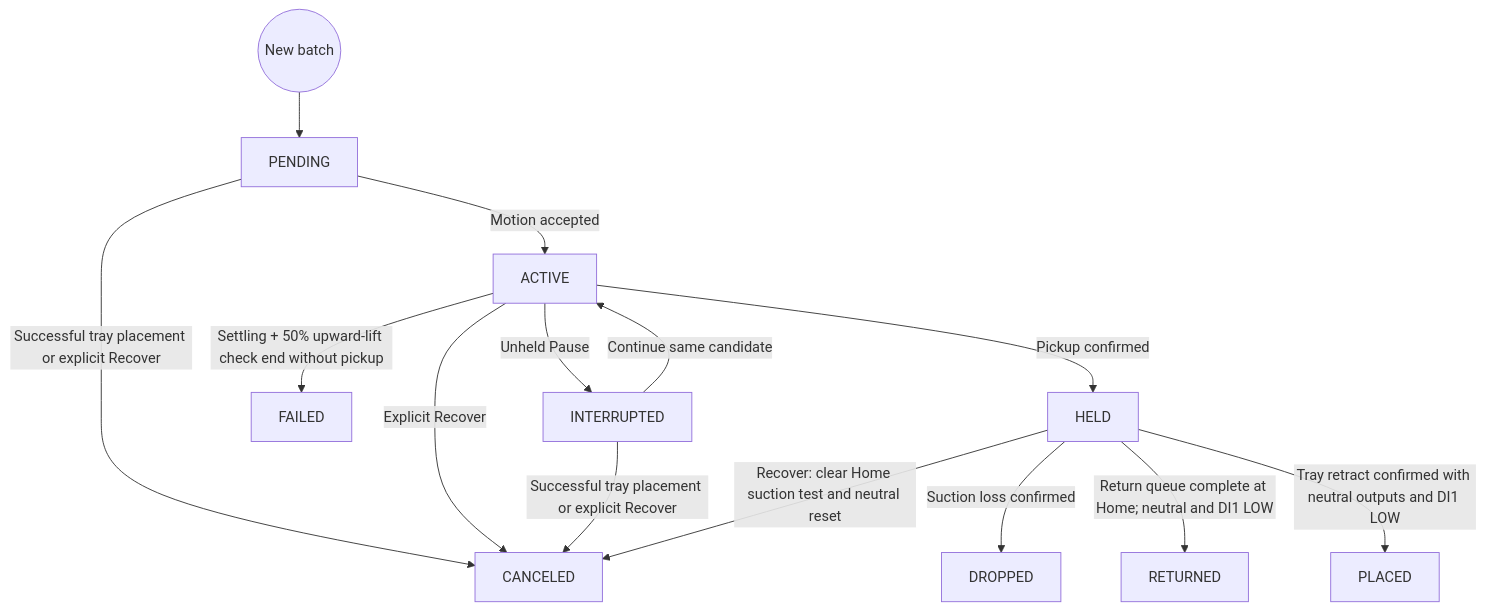
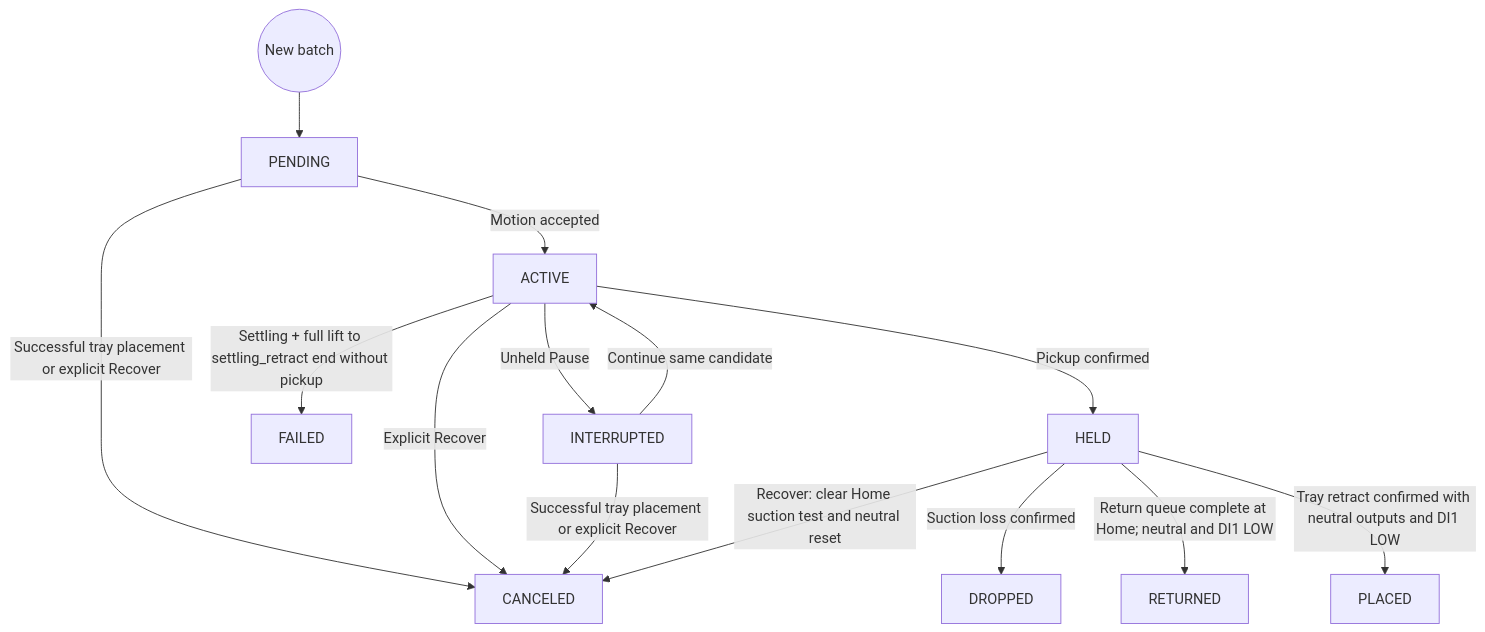
One commit to esgange/dobot_picknplace_yolo changed the fourth of 9 diagrams in docs/ROBOT_CONTROLLER_FSM.md. Above: the diagram before and after it, drawn with Mermaid. The commit also changed other lines of this file and 11 other files, not shown here.

Commit message:
Lift fully to settling retract before declaring a missed pick

````diff
--- a/docs/ROBOT_CONTROLLER_FSM.md
+++ b/docs/ROBOT_CONTROLLER_FSM.md
@@ -1640,16 +1653,16 @@
 ```mermaid
 flowchart TD
     Batch((New batch)) --> PENDING
     PENDING -->|Motion accepted| ACTIVE
     ACTIVE -->|Unheld Pause| INTERRUPTED
     INTERRUPTED -->|Continue same candidate| ACTIVE
-    ACTIVE -->|Settling + 50% upward-lift check end without pickup| FAILED
+    ACTIVE -->|Settling + full lift to settling_retract end without pickup| FAILED
     ACTIVE -->|Pickup confirmed| HELD
     HELD -->|Suction loss confirmed| DROPPED
     HELD -->|Return queue complete at Home; neutral and DI1 LOW| RETURNED
     HELD -->|Tray retract confirmed with neutral outputs and DI1 LOW| PLACED
     PENDING -->|Successful tray placement or explicit Recover| CANCELED
     ACTIVE -->|Explicit Recover| CANCELED
     INTERRUPTED -->|Successful tray placement or explicit Recover| CANCELED
     HELD -->|Recover: clear Home suction test and neutral reset| CANCELED
 ```
````
